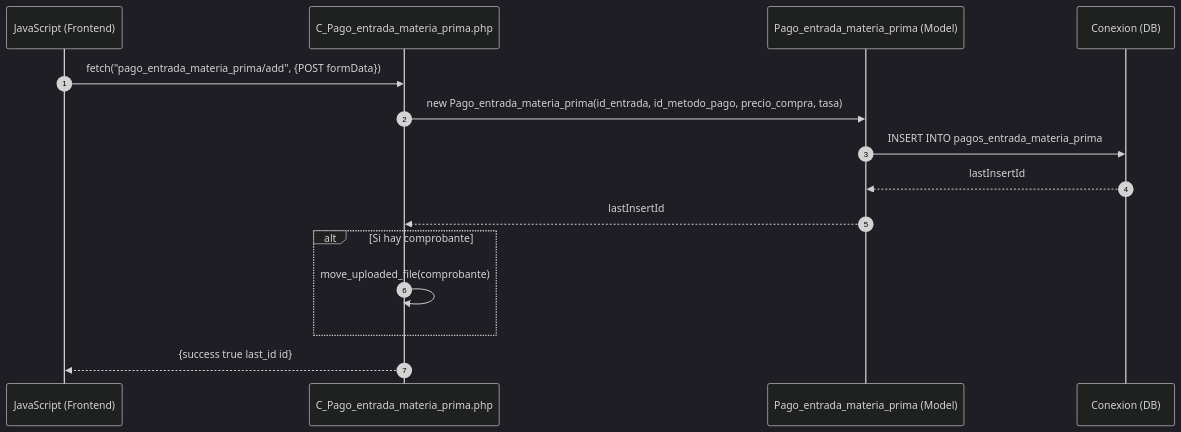
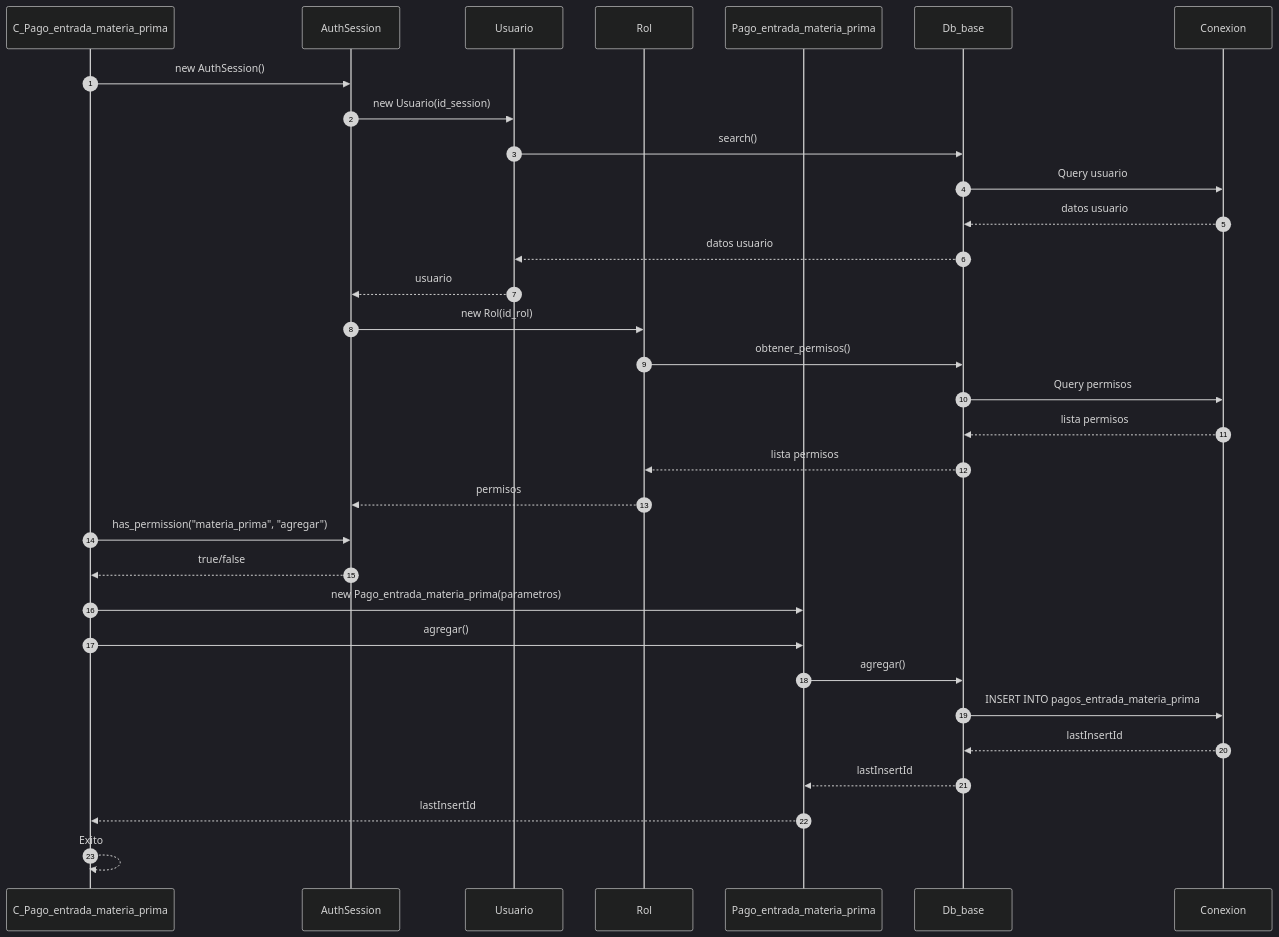
Before and after one commit to Tecrato/BurgerHouse: the fourth of 5 diagrams in docs/secuencia/materia_prima/materia_prima.md, drawn with Mermaid (dark theme). The commit also changed other lines of this file and 13 other files, not shown here.

First line of the commit message:
diagramas actualizaos

````diff
--- a/docs/secuencia/materia_prima/materia_prima.md
+++ b/docs/secuencia/materia_prima/materia_prima.md
@@ -91,22 +143,39 @@
 ```mermaid
 sequenceDiagram
     autonumber
-    participant JS as JavaScript (Frontend)
-    participant C_Pago_mp as C_Pago_entrada_materia_prima.php
-    participant Pago_mp as Pago_entrada_materia_prima (Model)
-    participant DB as Conexion (DB)
+    participant C_Pago_mp as C_Pago_entrada_materia_prima
+    participant AuthSession as AuthSession
+    participant Usuario as Usuario
+    participant Rol as Rol
+    participant Pago_mp as Pago_entrada_materia_prima
+    participant Db_base as Db_base
+    participant Conexion as Conexion
     
-    JS->>C_Pago_mp: fetch("pago_entrada_materia_prima/add", {POST formData})
+    C_Pago_mp->>AuthSession: new AuthSession()
+    AuthSession->>Usuario: new Usuario(id_session)
+    Usuario->>Db_base: search()
+    Db_base->>Conexion: Query usuario
+    Conexion-->>Db_base: datos usuario
+    Db_base-->>Usuario: datos usuario
+    Usuario-->>AuthSession: usuario
     
-    C_Pago_mp->>Pago_mp: new Pago_entrada_materia_prima(id_entrada, id_metodo_pago, precio_compra, tasa)
+    AuthSession->>Rol: new Rol(id_rol)
+    Rol->>Db_base: obtener_permisos()
+    Db_base->>Conexion: Query permisos
+    Conexion-->>Db_base: lista permisos
+    Db_base-->>Rol: lista permisos
+    Rol-->>AuthSession: permisos
     
-    Pago_mp->>DB: INSERT INTO pagos_entrada_materia_prima
-    DB-->>Pago_mp: lastInsertId
+    C_Pago_mp->>AuthSession: has_permission("materia_prima", "agregar")
+    AuthSession-->>C_Pago_mp: true/false
+    
+    C_Pago_mp->>Pago_mp: new Pago_entrada_materia_prima(parametros)
+    C_Pago_mp->>Pago_mp: agregar()
+    Pago_mp->>Db_base: agregar()
+    Db_base->>Conexion: INSERT INTO pagos_entrada_materia_prima
+    Conexion-->>Db_base: lastInsertId
+    Db_base-->>Pago_mp: lastInsertId
     Pago_mp-->>C_Pago_mp: lastInsertId
     
-    alt Si hay comprobante
-        C_Pago_mp->>C_Pago_mp: move_uploaded_file(comprobante)
-    end
-    
-    C_Pago_mp-->>JS: {success true last_id id}
+    C_Pago_mp-->>C_Pago_mp: Exito
 ```
````
